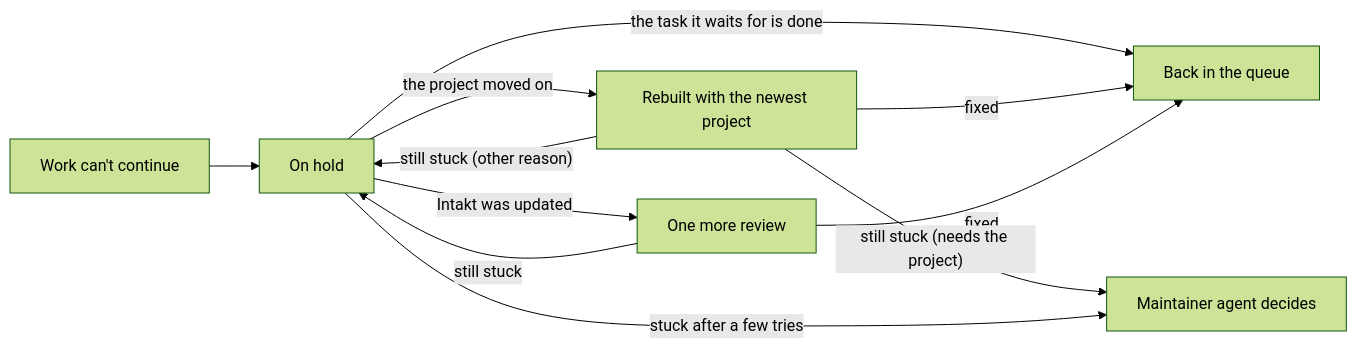
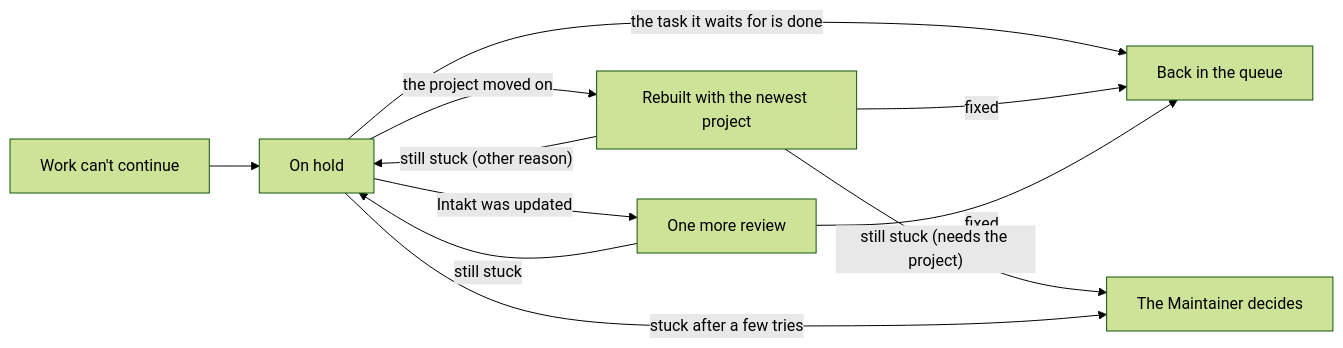
Before and after one commit to shinyredapples/intakt: the fifth of 6 diagrams in docs/guide/how-intakt-works.md, drawn with Mermaid (forest theme). The commit also changed other lines of this file and 22 other files, not shown here.

````diff
--- a/docs/guide/how-intakt-works.md
+++ b/docs/guide/how-intakt-works.md
@@ -115,13 +128,13 @@
 ```mermaid
 flowchart LR
   w[Work can't continue] --> h[On hold]
   h -- "the task it waits for is done" --> go[Back in the queue]
   h -- "the project moved on" --> rebuild[Rebuilt with the newest project]
   h -- "Intakt was updated" --> retry[One more review]
   rebuild -- fixed --> go
   retry -- fixed --> go
   rebuild -- "still stuck (needs the project)" --> m
   rebuild -- "still stuck (other reason)" --> h
   retry -- still stuck --> h
-  h -- "stuck after a few tries" --> m[Maintainer agent decides]
+  h -- "stuck after a few tries" --> m[The Maintainer decides]
 ```
````
